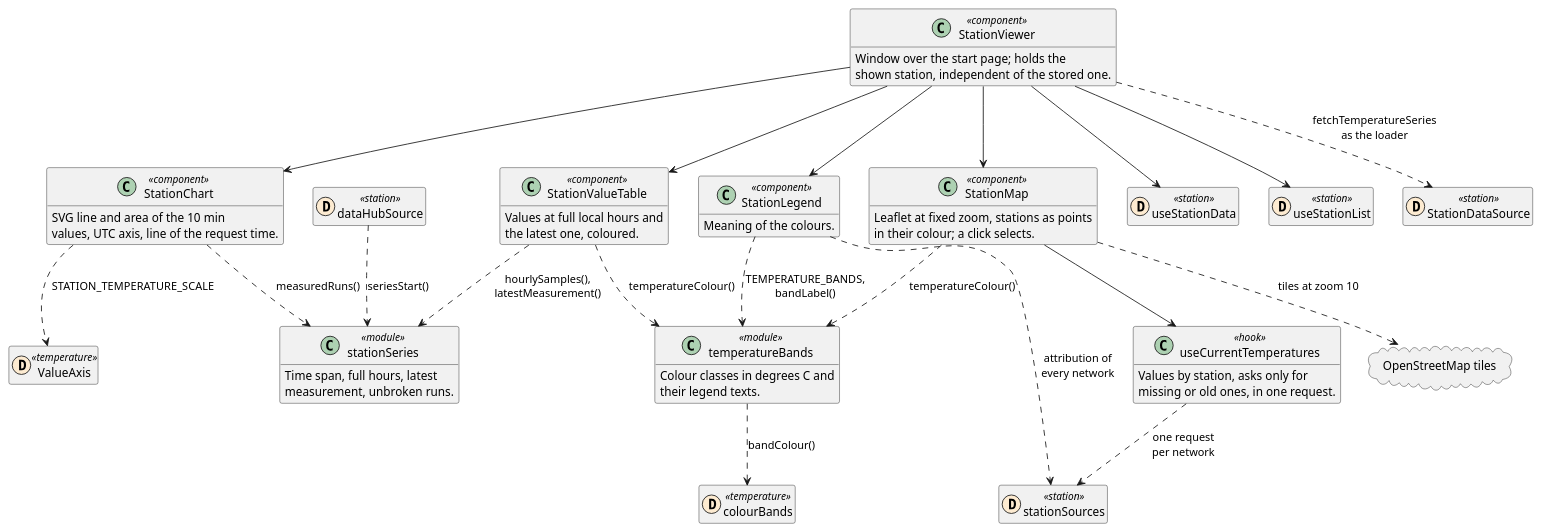
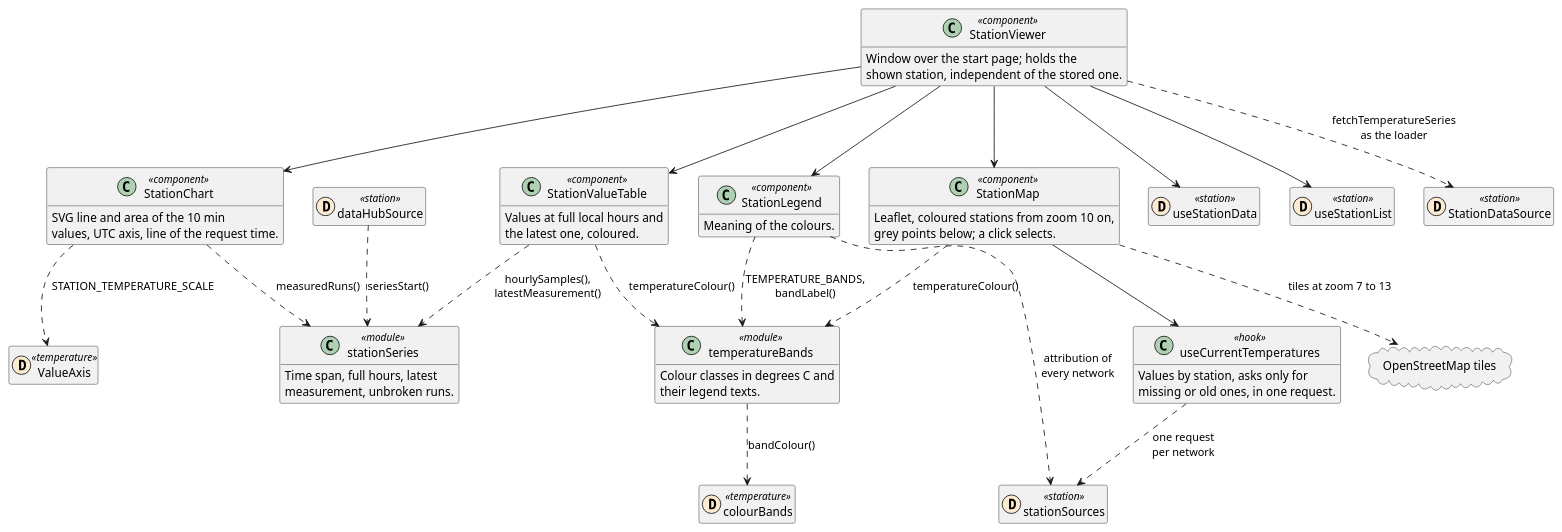
The fourth of 4 diagrams in REFERENCE.webapp.md (schletz/wetterkartenviewer), drawn with PlantUML before and after one commit. The commit also changed other lines of this file and 3 other files, not shown here.

First line of the commit message:
Make the station map zoomable and load values only from zoom 10 on

````diff
--- a/REFERENCE.webapp.md
+++ b/REFERENCE.webapp.md
@@ -338,64 +338,64 @@
 ```plantuml
 @startuml station_viewer
 allowmixing
 hide empty members
 class StationViewer <<component>> {
  Window over the start page; holds the
  shown station, independent of the stored one.
 }
 class StationChart <<component>> {
  SVG line and area of the 10 min
  values, UTC axis, line of the request time.
 }
 class StationValueTable <<component>> {
  Values at full local hours and
  the latest one, coloured.
 }
 class StationLegend <<component>> {
  Meaning of the colours.
 }
 class StationMap <<component>> {
- Leaflet at fixed zoom, stations as points
- in their colour; a click selects.
+ Leaflet, coloured stations from zoom 10 on,
+ grey points below; a click selects.
 }
 class useCurrentTemperatures <<hook>> {
  Values by station, asks only for
  missing or old ones, in one request.
 }
 class stationSeries <<module>> {
  Time span, full hours, latest
  measurement, unbroken runs.
 }
 class temperatureBands <<module>> {
  Colour classes in degrees C and
  their legend texts.
 }
 class useStationData << (D,#fdebd1) station >>
 class useStationList << (D,#fdebd1) station >>
 class StationDataSource << (D,#fdebd1) station >>
 class stationSources << (D,#fdebd1) station >>
 class dataHubSource << (D,#fdebd1) station >>
 class ValueAxis << (D,#fdebd1) temperature >>
 class colourBands << (D,#fdebd1) temperature >>
 cloud "OpenStreetMap tiles" as osm
 StationViewer --> useStationData
 StationViewer --> useStationList
 StationViewer ..> StationDataSource : fetchTemperatureSeries\nas the loader
 StationViewer --> StationChart
 StationViewer --> StationValueTable
 StationViewer --> StationLegend
 StationViewer --> StationMap
 StationChart ..> stationSeries : measuredRuns()
 StationChart ..> ValueAxis : STATION_TEMPERATURE_SCALE
 StationValueTable ..> stationSeries : hourlySamples(),\nlatestMeasurement()
 StationValueTable ..> temperatureBands : temperatureColour()
 StationLegend ..> temperatureBands : TEMPERATURE_BANDS,\nbandLabel()
 StationMap --> useCurrentTemperatures
 StationMap ..> temperatureBands : temperatureColour()
-StationMap ..> osm : tiles at zoom 10
+StationMap ..> osm : tiles at zoom 7 to 13
 StationLegend ..> stationSources : attribution of\nevery network
 useCurrentTemperatures ..> stationSources : one request\nper network
 temperatureBands ..> colourBands : bandColour()
 dataHubSource ..> stationSeries : seriesStart()
 @enduml
 ```
````
